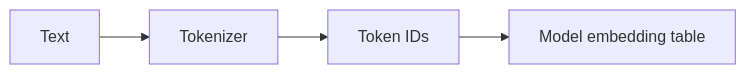
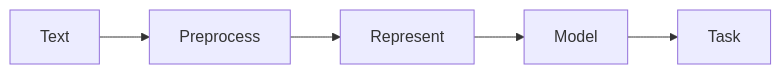
One commit to abdulsamad183/ai-engineering-playbook changed the diagram in domains/natural-language-processing/tokenization.md. Above: the diagram before and after it, drawn with Mermaid. The commit also changed other lines of this file and 306 other files, not shown here.

````diff
--- a/domains/natural-language-processing/tokenization.md
+++ b/domains/natural-language-processing/tokenization.md
@@ -26,6 +88,4 @@
 ```mermaid
 flowchart LR
-  Text[Text] --> Tok[Tokenizer]
-  Tok --> IDs[Token IDs]
-  IDs --> Model[Model embedding table]
+  Text --> Preprocess --> Represent --> Model --> Task
 ```
````
